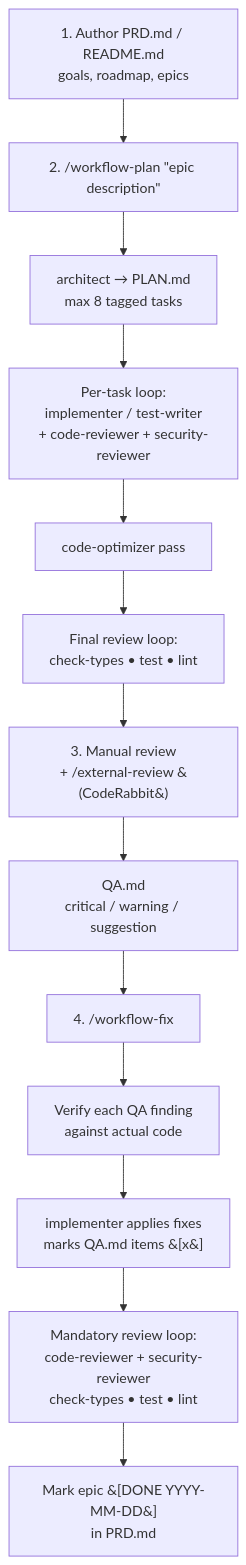
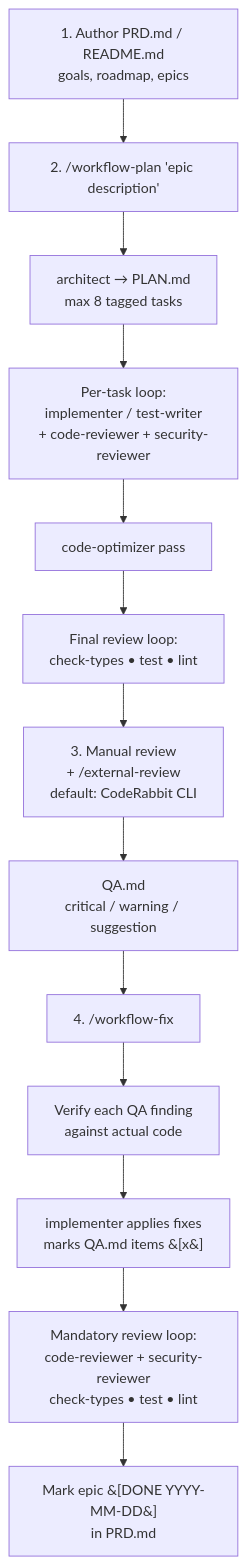
One commit to razvantomegea/agents-workflows changed the diagram in README.md. Above: the diagram before and after it, drawn with Mermaid. The commit also changed other lines of this file and 77 other files, not shown here.

````diff
--- a/README.md
+++ b/README.md
@@ -106,21 +112,21 @@
 ```mermaid
 flowchart TD
     A[1. Author PRD.md / README.md<br/>goals, roadmap, epics] --> B
 
-    B["2. /workflow-plan &quot;epic description&quot;"]
-    B --> B1[architect &rarr; PLAN.md<br/>max 8 tagged tasks]
+    B["2. /workflow-plan 'epic description'"]
+    B --> B1[architect → PLAN.md<br/>max 8 tagged tasks]
     B1 --> B2[Per-task loop:<br/>implementer / test-writer<br/>+ code-reviewer + security-reviewer]
     B2 --> B3[code-optimizer pass]
-    B3 --> B4[Final review loop:<br/>check-types &bull; test &bull; lint]
+    B3 --> B4[Final review loop:<br/>check-types • test • lint]
     B4 --> C
 
-    C[3. Manual review<br/>+ /external-review &#40;CodeRabbit&#41;]
+    C[3. Manual review<br/>+ /external-review<br/>default: CodeRabbit CLI]
     C --> C1[QA.md<br/>critical / warning / suggestion]
     C1 --> D
 
     D[4. /workflow-fix]
     D --> D1[Verify each QA finding<br/>against actual code]
     D1 --> D2[implementer applies fixes<br/>marks QA.md items &#91;x&#93;]
-    D2 --> D3[Mandatory review loop:<br/>code-reviewer + security-reviewer<br/>check-types &bull; test &bull; lint]
+    D2 --> D3[Mandatory review loop:<br/>code-reviewer + security-reviewer<br/>check-types • test • lint]
     D3 --> D4[Mark epic &#91;DONE YYYY-MM-DD&#93;<br/>in PRD.md]
 ```
````
